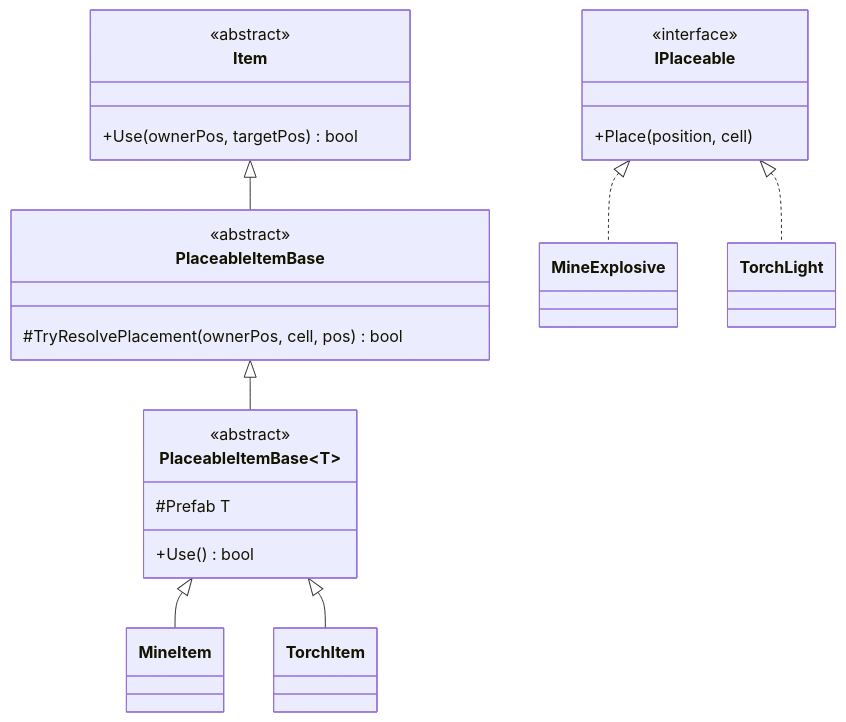
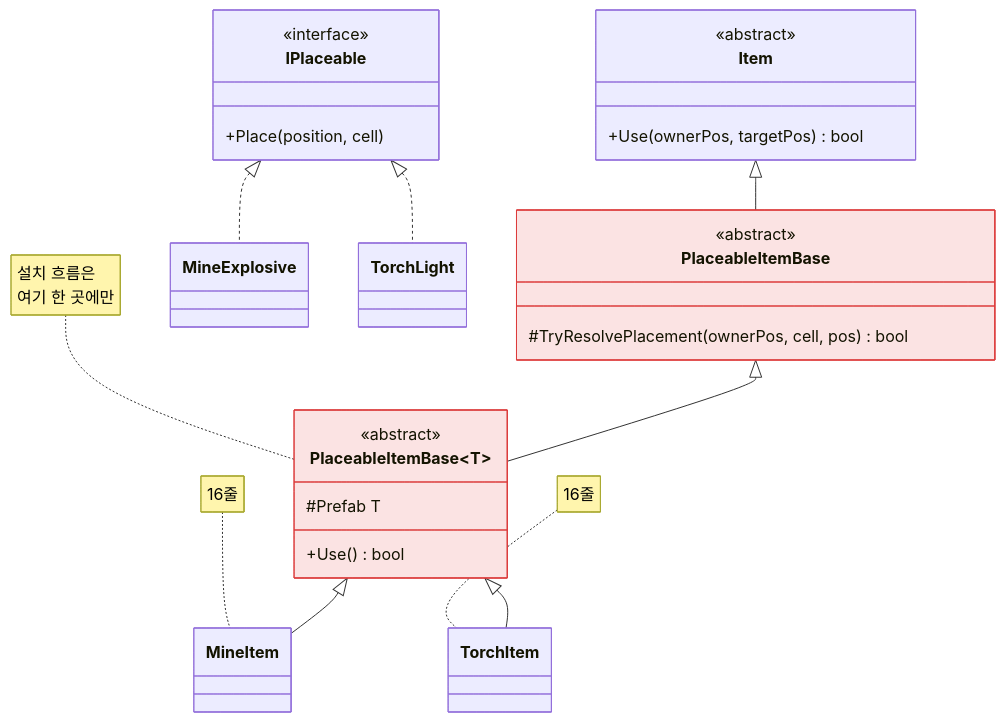
Before and after one commit to parksooha102-ai/portfolio: the third of 5 diagrams in src/2-FolkSack/기술문서_초안_아이템시스템.md, drawn with Mermaid. The commit also changed other lines of this file and 1 other file, not shown here.

First line of the commit message:
2번 문서: 시각자료 정리 — 루프 플로우차트 삭제, 그림 5개 접기, 다이어그램 강조

````diff
--- a/src/2-FolkSack/기술문서_초안_아이템시스템.md
+++ b/src/2-FolkSack/기술문서_초안_아이템시스템.md
@@ -526,26 +531,31 @@
 ```mermaid
 classDiagram
     class Item {
         <<abstract>>
         +Use(ownerPos, targetPos) bool
     }
     class PlaceableItemBase {
         <<abstract>>
         #TryResolvePlacement(ownerPos, cell, pos) bool
     }
     class PlaceableItemBaseT["PlaceableItemBase&lt;T&gt;"] {
         <<abstract>>
         #Prefab T
         +Use() bool
     }
     class IPlaceable {
         <<interface>>
         +Place(position, cell)
     }
     Item <|-- PlaceableItemBase
     PlaceableItemBase <|-- PlaceableItemBaseT
     PlaceableItemBaseT <|-- MineItem
     PlaceableItemBaseT <|-- TorchItem
     IPlaceable <|.. MineExplosive
     IPlaceable <|.. TorchLight
+    note for PlaceableItemBaseT "설치 흐름은<br/>여기 한 곳에만"
+    note for MineItem "16줄"
+    note for TorchItem "16줄"
+    style PlaceableItemBase fill:#FBE3E3,stroke:#DC3C3C
+    style PlaceableItemBaseT fill:#FBE3E3,stroke:#DC3C3C
 ```
````
